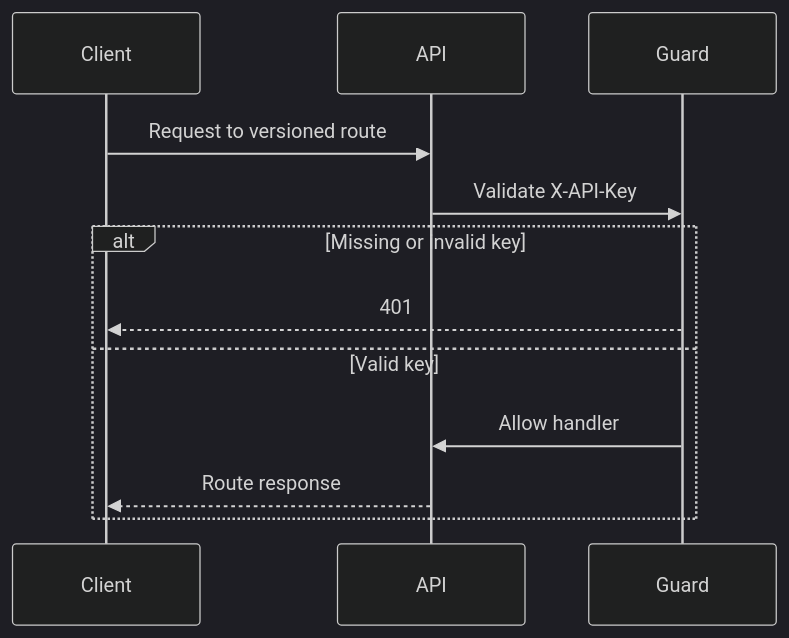
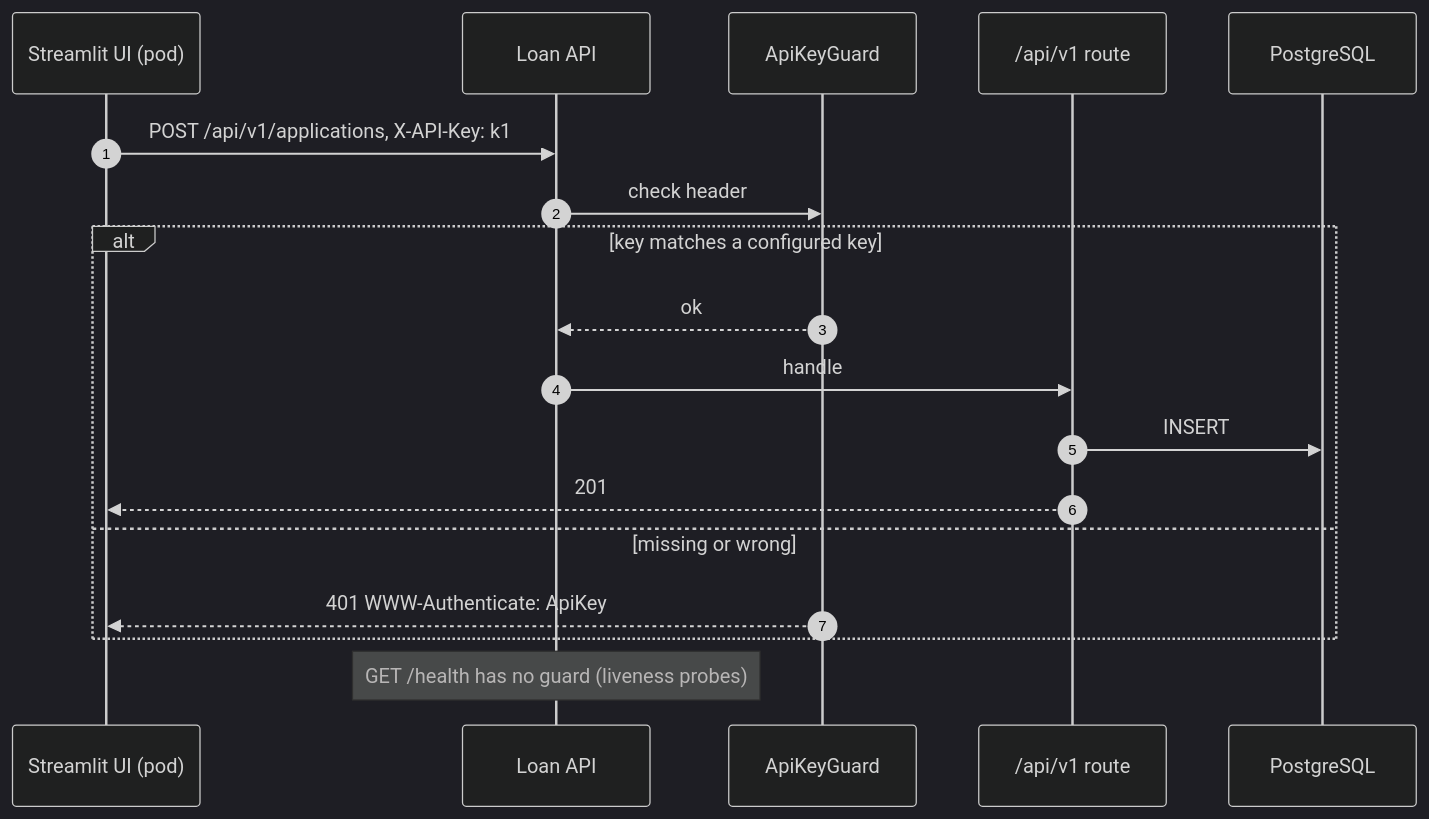
One commit to ngnquanq/credit-risk-ml-system changed the third of 3 diagrams in docs/03-handoff/E9-security-baseline.md. Above: the diagram before and after it, drawn with Mermaid (dark theme). The commit also changed other lines of this file and 55 other files, not shown here.

````diff
--- a/docs/03-handoff/E9-security-baseline.md
+++ b/docs/03-handoff/E9-security-baseline.md
@@ -44,14 +94,20 @@
 ```mermaid
 sequenceDiagram
-    participant Client
-    participant API
-    participant Guard
-    Client->>API: Request to versioned route
-    API->>Guard: Validate X-API-Key
-    alt Missing or invalid key
-        Guard-->>Client: 401
-    else Valid key
-        Guard->>API: Allow handler
-        API-->>Client: Route response
+    autonumber
+    participant UI as Streamlit UI (pod)
+    participant API as Loan API
+    participant G as ApiKeyGuard
+    participant R as /api/v1 route
+    participant PG as PostgreSQL
+    UI->>API: POST /api/v1/applications, X-API-Key: k1
+    API->>G: check header
+    alt key matches a configured key
+        G-->>API: ok
+        API->>R: handle
+        R->>PG: INSERT
+        R-->>UI: 201
+    else missing or wrong
+        G-->>UI: 401 WWW-Authenticate: ApiKey
     end
+    Note over API: GET /health has no guard (liveness probes)
 ```
````
